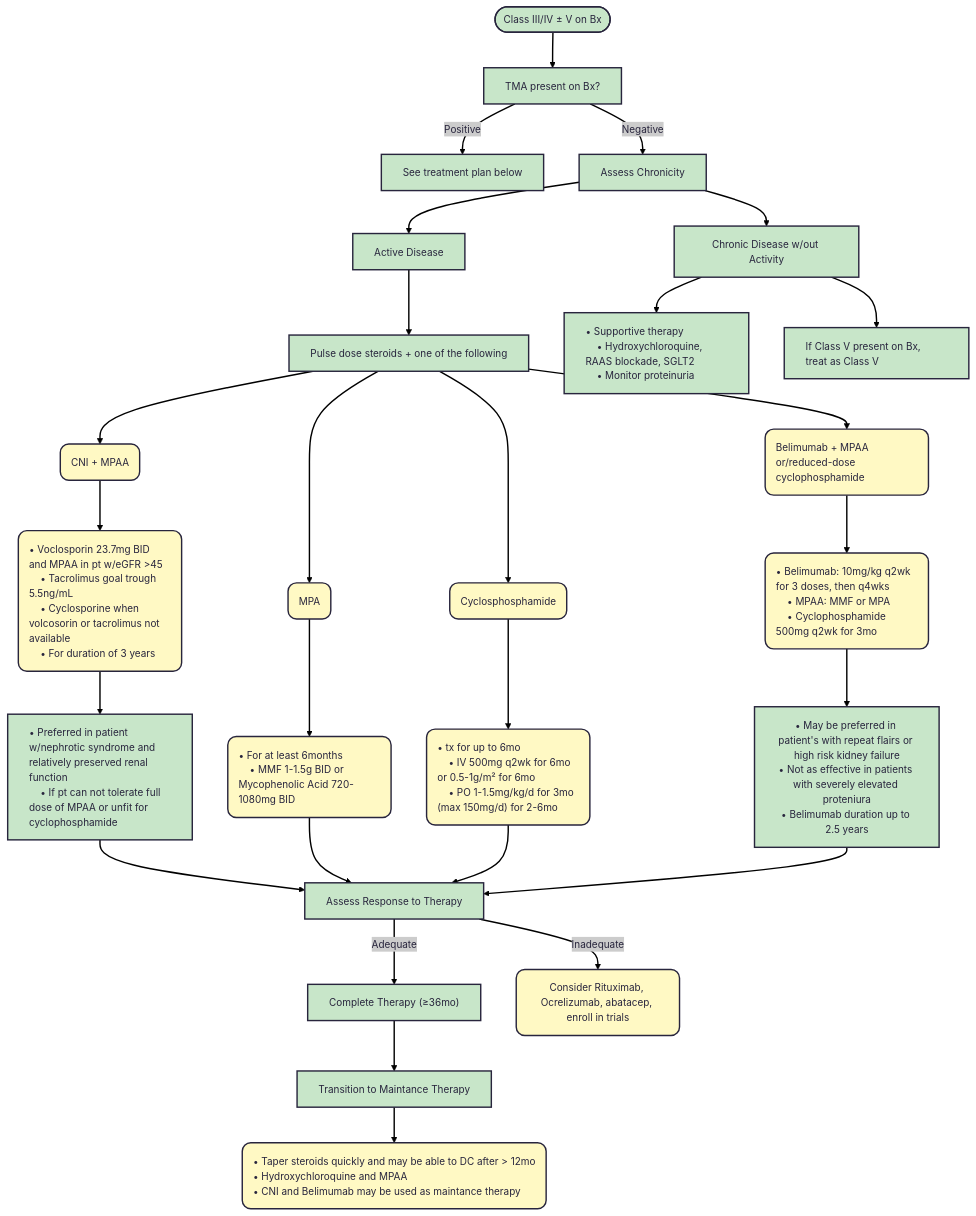
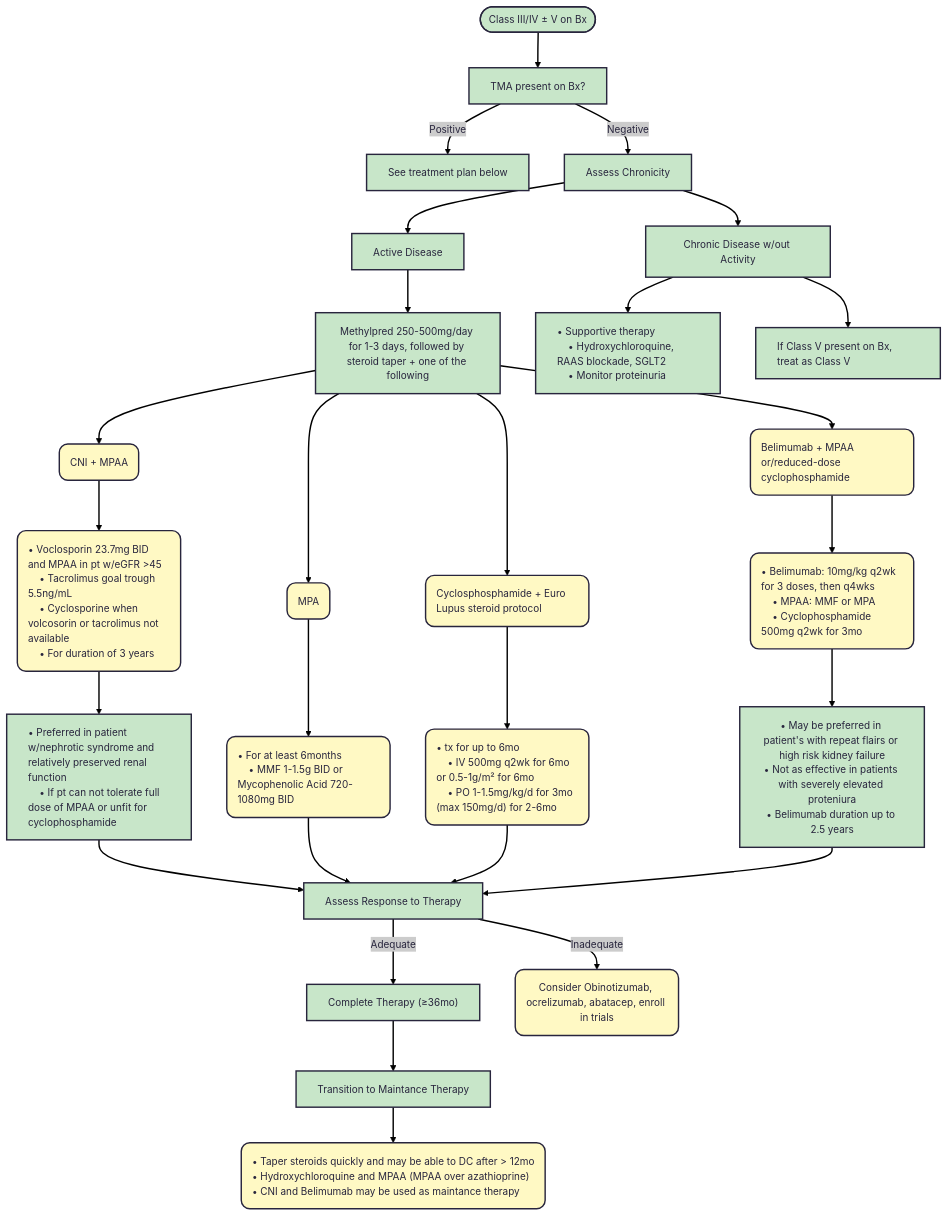
Before and after one commit to TTUNEPH2025/GN: the second of 4 diagrams in docs/Lupus.md, drawn with Mermaid.

````diff
--- a/docs/Lupus.md
+++ b/docs/Lupus.md
@@ -133,75 +133,75 @@
 ```mermaid
 ---
 config:
   theme: redux
 ---
 flowchart TB
     A(["Class III/IV ± V on Bx"]) --> n1["TMA present on Bx?"]
     n1 -- Positive --> n2["See treatment plan below"]
     n1 -- Negative --> n3["Assess Chronicity"]
     n3 --> n4["Active Disease"] & n5["Chronic Disease w/out Activity"]
-    n4 --> n6["Pulse dose steroids + one of the following"]
+    n4 --> n6["Methylpred 250-500mg/day for 1-3 days, followed by steroid taper + one of the following"]
     n5 --> n7["• Supportive therapy 
     • Hydroxychloroquine, RAAS blockade, SGLT2
     • Monitor proteinuria"] & n8["If Class V present on Bx, treat as Class V"]
-    n6 --> n9["CNI + MPAA"] & n10["MPA"] & n11["Cyclosphosphamide"] & n12["Belimumab + MPAA or/reduced-dose cyclophosphamide"]
+    n6 --> n9["CNI + MPAA"] & n10["MPA"] & n11["Cyclosphosphamide + Euro Lupus steroid protocol"] & n12["Belimumab + MPAA or/reduced-dose cyclophosphamide"]
     n9 --> n13["• Voclosporin 23.7mg BID and MPAA in pt w/eGFR &gt;45
     • Tacrolimus goal trough 5.5ng/mL 
     • Cyclosporine when volcosorin or tacrolimus not available
     • For duration of 3 years"]
     n10 --> n14["• For at least 6months
     • MMF 1-1.5g BID or Mycophenolic Acid 720-1080mg BID"]
     n11 --> n15["• tx for up to 6mo
     • IV 500mg q2wk for 6mo or 0.5-1g/m² for 6mo
     • PO 1-1.5mg/kg/d for 3mo (max 150mg/d) for 2-6mo"]
     n12 --> n16["• Belimumab: 10mg/kg q2wk for 3 doses, then q4wks
     • MPAA: MMF or MPA
     • Cyclophosphamide 500mg q2wk for 3mo"]
     n13 --> n17["• Preferred in patient w/nephrotic syndrome and relatively preserved renal function
     • If pt can not tolerate full dose of MPAA or unfit for cyclophosphamide"]
     n16 --> n18@{ label: "• May be preferred in patient's with repeat flairs or high risk kidney failure\n    • Not as effective in patients with severely elevated proteniura<br/>• Belimumab duration up to 2.5 years" }
     n17 --> n19["Assess Response to Therapy"]
     n14 --> n19
     n15 --> n19
     n18 --> n19
     n19 -- Adequate --> n20["Complete Therapy (≥36mo)"]
-    n19 -- Inadequate --> n21["Consider Rituximab, Ocrelizumab, abatacep, enroll in trials"]
+    n19 -- Inadequate --> n21["Consider Obinotizumab, ocrelizumab, abatacep, enroll in trials"]
     n20 --> n22["Transition to Maintance Therapy"]
     n22 --> n23["• Taper steroids quickly and may be able to DC after > 12mo
-    • Hydroxychloroquine and MPAA
+    • Hydroxychloroquine and MPAA (MPAA over azathioprine)
     • CNI and Belimumab may be used as maintance therapy"]
     n9@{ shape: rounded}
     n10@{ shape: rounded}
     n11@{ shape: rounded}
     n12@{ shape: rounded}
     n13@{ shape: rounded}
     n14@{ shape: rounded}
     n15@{ shape: rounded}
     n16@{ shape: rounded}
     n21@{ shape: rounded}
     n23@{ shape: rounded}
     style A fill:#C8E6C9
     style n1 fill:#C8E6C9
     style n2 fill:#C8E6C9
     style n3 fill:#C8E6C9
     style n4 fill:#C8E6C9
     style n5 fill:#C8E6C9
-    style n6 fill:#C8E6C9,white-space:nowrap
+    style n6 fill:#C8E6C9
     style n7 fill:#C8E6C9,text-align:left
     style n8 fill:#C8E6C9,text-align:left
     style n9 fill:#FFF9C4,text-align:left
     style n10 fill:#FFF9C4,text-align:left
     style n11 fill:#FFF9C4,text-align:left
     style n12 fill:#FFF9C4,text-align:left
     style n13 fill:#FFF9C4,text-align:left
     style n14 fill:#FFF9C4,text-align:left
     style n15 fill:#FFF9C4,text-align:left
     style n16 fill:#FFF9C4,text-align:left
     style n17 fill:#C8E6C9,text-align:left
     style n18 fill:#C8E6C9
     style n19 fill:#C8E6C9
     style n20 fill:#C8E6C9
     style n21 fill:#FFF9C4
     style n22 fill:#C8E6C9,text-align:left,white-space:nowrap
     style n23 fill:#FFF9C4,text-align:left,white-space:nowrap
 ```
````
